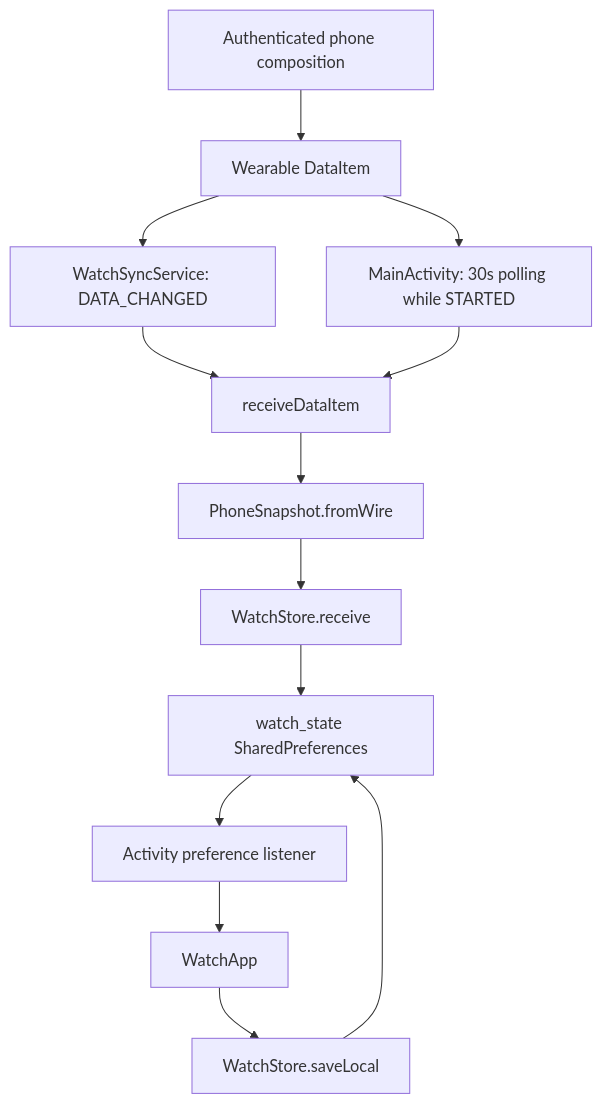
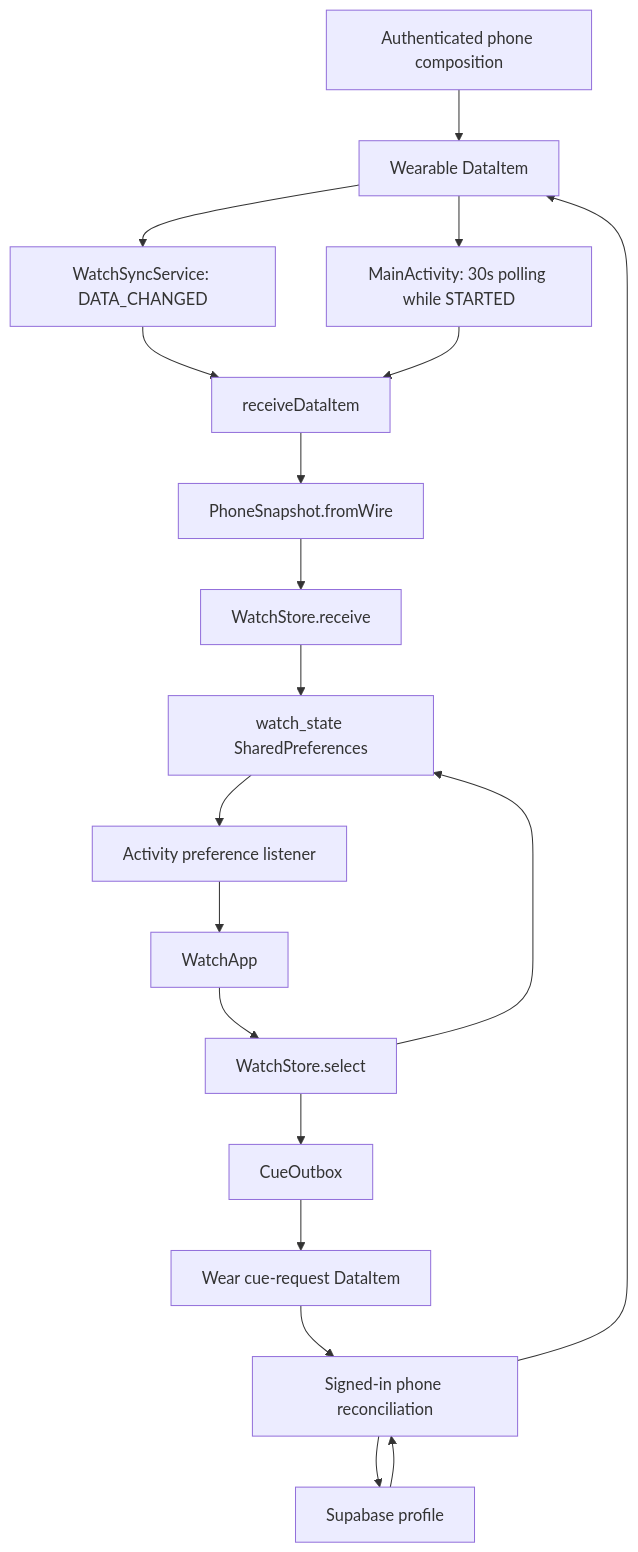
The diagram in docs/handoff/architecture.md (unspoken-cues/unspoken-cues-wearos), drawn with Mermaid before and after one commit. The commit also changed other lines of this file and 15 other files, not shown here.

Commit message:
Reconcile watch cue selections with authenticated phone receipts

````diff
--- a/docs/handoff/architecture.md
+++ b/docs/handoff/architecture.md
@@ -7,15 +7,21 @@
 ```mermaid
 flowchart TD
     Phone[Authenticated phone composition] --> Data[Wearable DataItem]
     Data --> Service[WatchSyncService: DATA_CHANGED]
     Data --> Poll[MainActivity: 30s polling while STARTED]
     Service --> Parse[receiveDataItem]
     Poll --> Parse
     Parse --> Validation[PhoneSnapshot.fromWire]
     Validation --> Store[WatchStore.receive]
     Store --> Prefs[watch_state SharedPreferences]
     Prefs --> Listener[Activity preference listener]
     Listener --> UI[WatchApp]
-    UI --> Local[WatchStore.saveLocal]
+    UI --> Local[WatchStore.select]
     Local --> Prefs
+    Local --> Outbox[CueOutbox]
+    Outbox --> Request[Wear cue-request DataItem]
+    Request --> PhoneSync[Signed-in phone reconciliation]
+    PhoneSync --> Profile[Supabase profile]
+    Profile --> PhoneSync
+    PhoneSync --> Data
 ```
````
